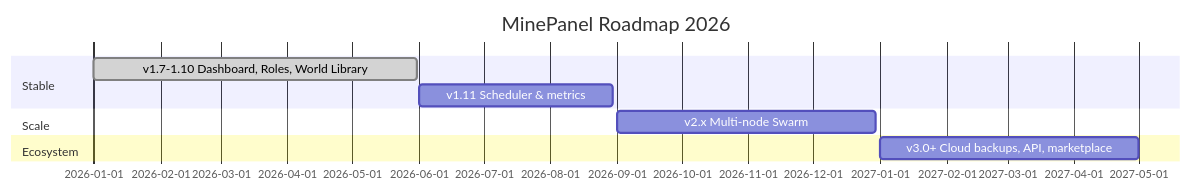
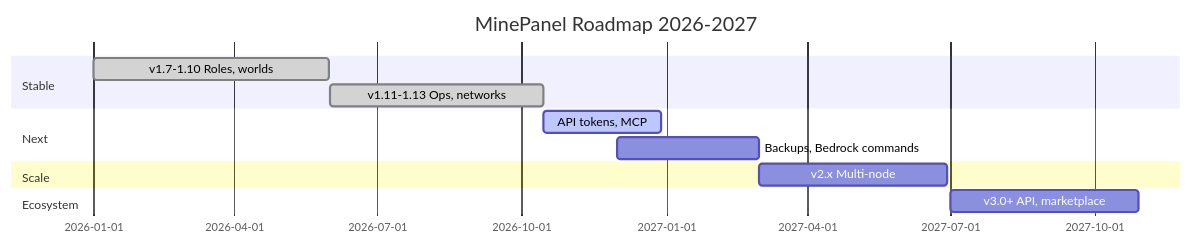
Before and after one commit to Ketbome/minepanel: the third of 3 diagrams in doc/roadmap.md, drawn with Mermaid. The commit also changed other lines of this file and 1 other file, not shown here.

Commit message:
docs(roadmap): refresh shipped items and plans for v1.13

````diff
--- a/doc/roadmap.md
+++ b/doc/roadmap.md
@@ -313,15 +326,19 @@
 ```mermaid
 gantt
-    title MinePanel Roadmap 2026
+    title MinePanel Roadmap 2026-2027
     dateFormat YYYY-MM-DD
 
     section Stable
-    v1.7-1.10 Dashboard, Roles, World Library :done, a1, 2026-01-01, 150d
-    v1.11 Scheduler & metrics                 :a1b, 2026-06-01, 90d
+    v1.7-1.10 Roles, worlds   :done, a1, 2026-01-01, 150d
+    v1.11-1.13 Ops, networks  :done, a2, 2026-06-01, 136d
+
+    section Next
+    API tokens, MCP           :active, a3, 2026-10-15, 75d
+    Backups, Bedrock commands :a4, 2026-12-01, 90d
 
     section Scale
-    v2.x Multi-node Swarm                     :a2, 2026-09-01, 120d
+    v2.x Multi-node           :a5, 2027-03-01, 120d
 
     section Ecosystem
-    v3.0+ Cloud backups, API, marketplace     :a4, 2027-01-01, 120d
+    v3.0+ API, marketplace    :a6, 2027-07-01, 120d
 ```
````
